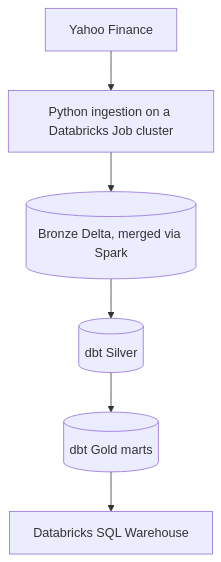
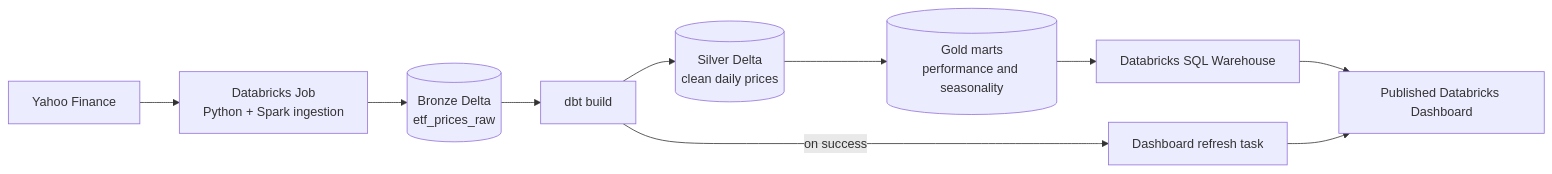
The first of 2 diagrams in README.md (Hamza-Abbas/ETF-Market-Intelligence-Pipeline), drawn with Mermaid before and after one commit. The commit also changed other lines of this file and 4 other files, not shown here.

Commit message:
feat: automate Databricks dashboard refresh and add portfolio documentation

````diff
--- a/README.md
+++ b/README.md
@@ -44,8 +50,12 @@
 ```mermaid
-flowchart TD
-    A[Yahoo Finance] --> B[Python ingestion on a Databricks Job cluster]
-    B --> C[(Bronze Delta, merged via Spark)]
-    C --> D[(dbt Silver)]
-    D --> E[(dbt Gold marts)]
-    E --> F[Databricks SQL Warehouse]
+flowchart LR
+    A[Yahoo Finance] --> B[Databricks Job<br/>Python + Spark ingestion]
+    B --> C[(Bronze Delta<br/>etf_prices_raw)]
+    C --> D[dbt build]
+    D --> E[(Silver Delta<br/>clean daily prices)]
+    E --> F[(Gold marts<br/>performance and seasonality)]
+    F --> G[Databricks SQL Warehouse]
+    G --> H[Published Databricks Dashboard]
+    D -->|on success| I[Dashboard refresh task]
+    I --> H
 ```
````
